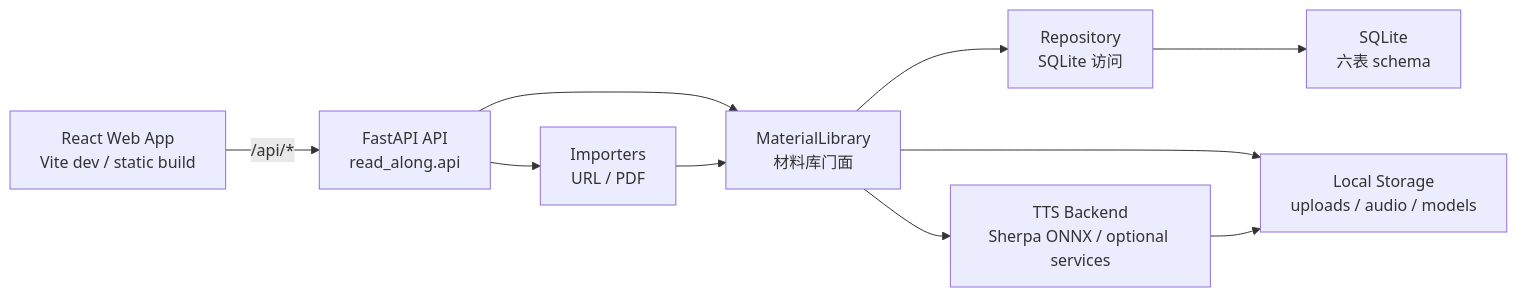
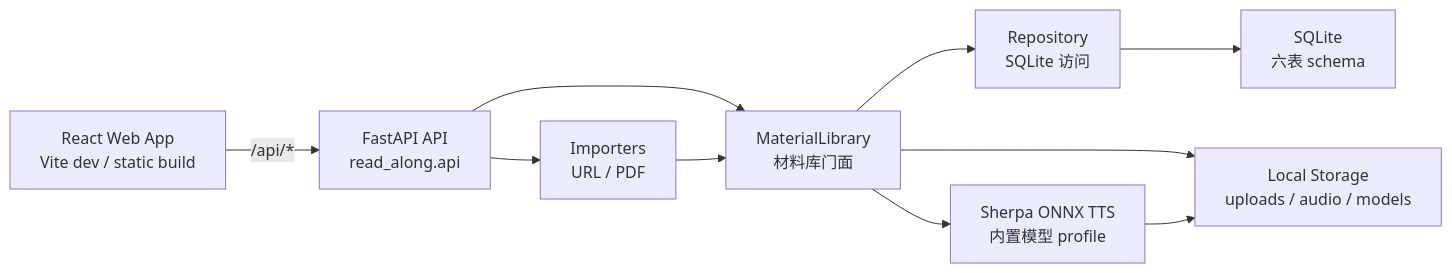
The diagram in docs/architecture.md (sanshi42/read-along), drawn with Mermaid before and after one commit. The commit also changed other lines of this file and 42 other files, not shown here.

First line of the commit message:
feat(tts)!: 使用内置模型 profile 启动本地朗读

````diff
--- a/docs/architecture.md
+++ b/docs/architecture.md
@@ -14,21 +14,21 @@
 ```mermaid
 flowchart LR
     Browser["React Web App<br/>Vite dev / static build"]
     API["FastAPI API<br/>read_along.api"]
     Library["MaterialLibrary<br/>材料库门面"]
     Repo["Repository<br/>SQLite 访问"]
     DB["SQLite<br/>六表 schema"]
     Storage["Local Storage<br/>uploads / audio / models"]
     Importers["Importers<br/>URL / PDF"]
-    TTS["TTS Backend<br/>Sherpa ONNX / optional services"]
+    TTS["Sherpa ONNX TTS<br/>内置模型 profile"]
 
     Browser -- "/api/*" --> API
     API --> Library
     API --> Importers
     Importers --> Library
     Library --> Repo
     Repo --> DB
     Library --> Storage
     Library --> TTS
     TTS --> Storage
 ```
````
